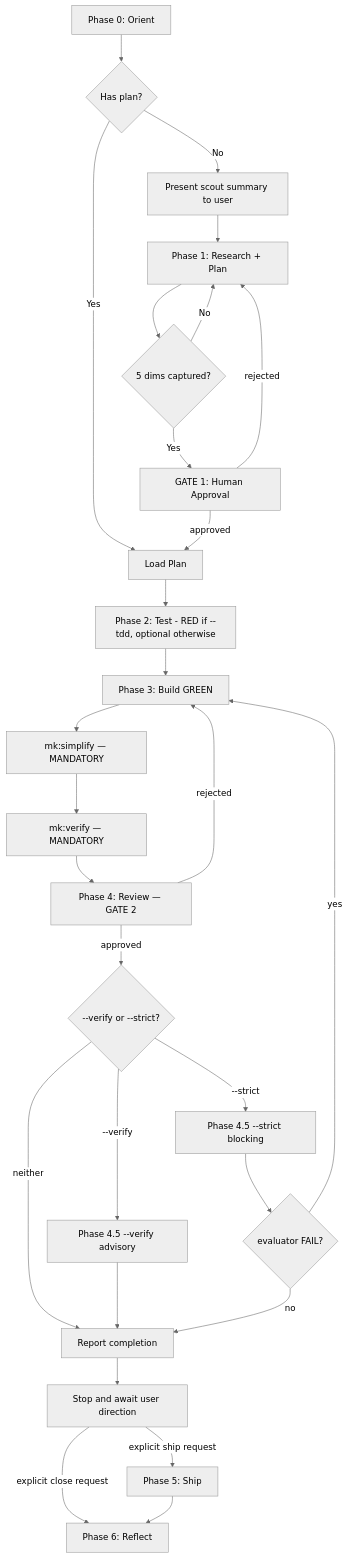
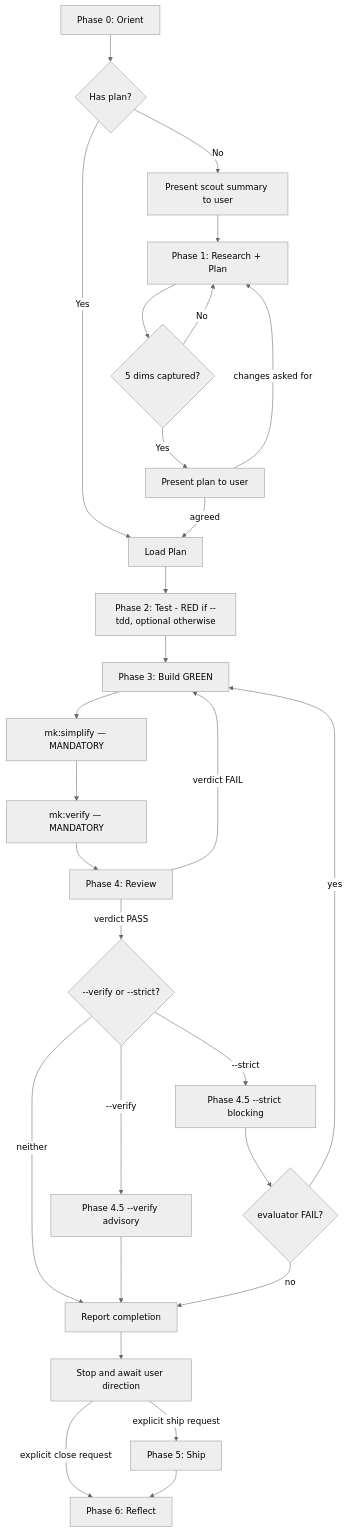
Before and after one commit to ngocsangyem/MeowKit: the diagram in .claude/skills/cook/SKILL.md, drawn with Mermaid (neutral theme). The commit also changed other lines of this file and 829 other files, not shown here.

First line of the commit message:
feat!: remove plan and review gates; keep a scoped ship check on three runtimes

````diff
--- a/.claude/skills/cook/SKILL.md
+++ b/.claude/skills/cook/SKILL.md
@@ -140,30 +140,30 @@
 ```mermaid
 flowchart TD
     A[Phase 0: Orient] --> B{Has plan?}
     B -->|Yes| D[Load Plan]
     B -->|No| SP[Present scout summary to user]
     SP --> C[Phase 1: Research + Plan]
     C --> RQ{5 dims captured?}
     RQ -->|No| C
-    RQ -->|Yes| G1[GATE 1: Human Approval]
-    G1 -->|approved| D
-    G1 -->|rejected| C
+    RQ -->|Yes| PP[Present plan to user]
+    PP -->|agreed| D
+    PP -->|changes asked for| C
     D --> E[Phase 2: Test - RED if --tdd, optional otherwise]
     E --> F[Phase 3: Build GREEN]
     F --> S[mk:simplify — MANDATORY]
     S --> V[mk:verify — MANDATORY]
-    V --> G2[Phase 4: Review — GATE 2]
-    G2 -->|approved| BV{--verify or --strict?}
+    V --> G2[Phase 4: Review]
+    G2 -->|verdict PASS| BV{--verify or --strict?}
     BV -->|"--verify"| P45A["Phase 4.5 --verify advisory"]
     BV -->|"--strict"| P45B["Phase 4.5 --strict blocking"]
     BV -->|neither| SR[Report completion]
     P45A --> SR
     P45B --> BG{evaluator FAIL?}
     BG -->|no| SR
     BG -->|yes| F
-    G2 -->|rejected| F
+    G2 -->|verdict FAIL| F
     SR --> STOP[Stop and await user direction]
     STOP -->|explicit ship request| H[Phase 5: Ship]
     STOP -->|explicit close request| I[Phase 6: Reflect]
     H --> I
 ```
````
